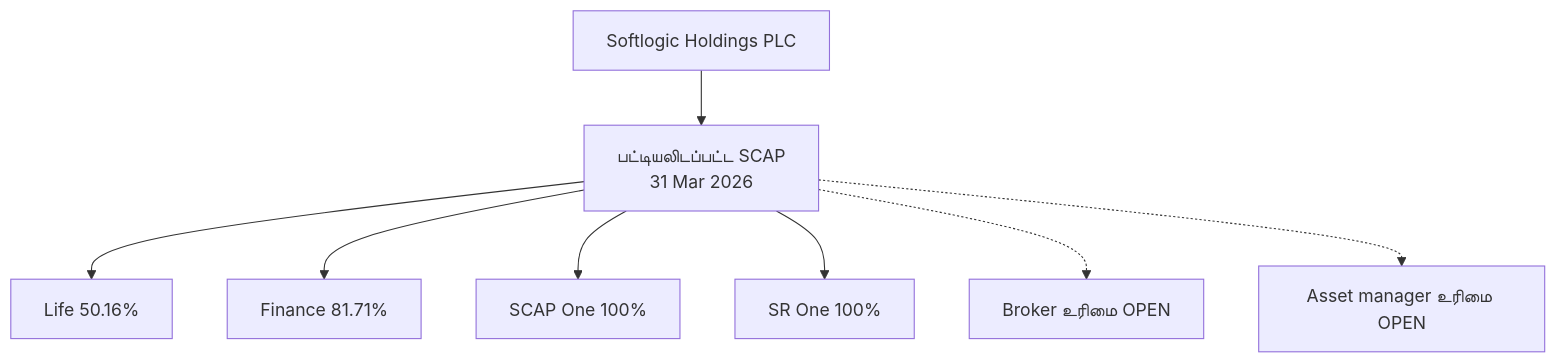
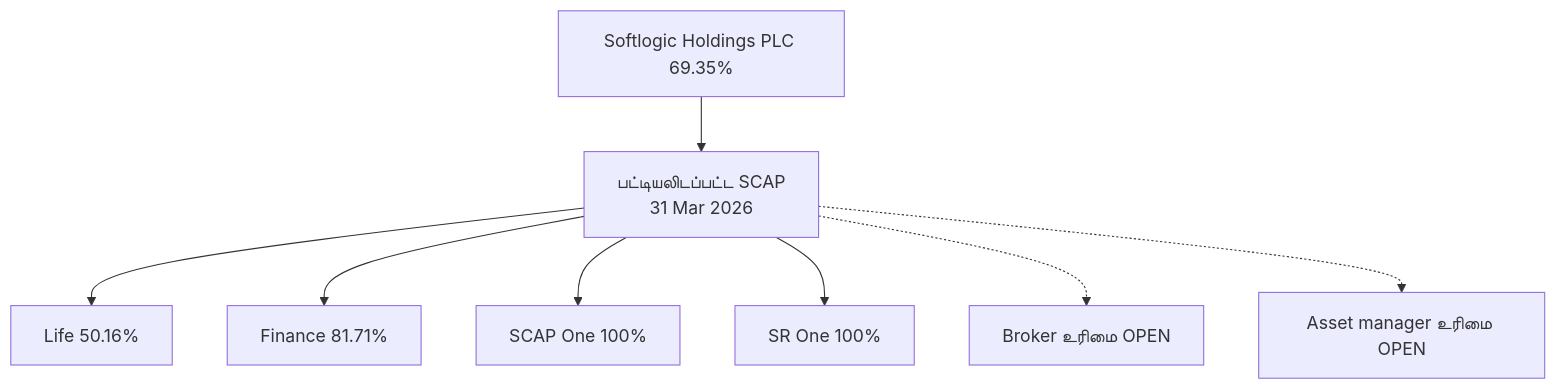
Before and after one commit to Gajarthan/SCAP-N0000-Research: the first of 15 diagrams in ta/01-Fundamental-Analysis/01-Business-Analysis/VISUAL-REPORT.md, drawn with Mermaid. The commit also changed other lines of this file and 8 other files, not shown here.

````diff
--- a/ta/01-Fundamental-Analysis/01-Business-Analysis/VISUAL-REPORT.md
+++ b/ta/01-Fundamental-Analysis/01-Business-Analysis/VISUAL-REPORT.md
@@ -31,10 +33,10 @@
 ```mermaid
 flowchart TB
-  H["Softlogic Holdings PLC"] --> P["பட்டியலிடப்பட்ட SCAP\n31 Mar 2026"]
+  H["Softlogic Holdings PLC 69.35%"] --> P["பட்டியலிடப்பட்ட SCAP\n31 Mar 2026"]
   P --> L["Life 50.16%"]
   P --> F["Finance 81.71%"]
   P --> O["SCAP One 100%"]
   P --> R["SR One 100%"]
   P -.-> B["Broker உரிமை OPEN"]
   P -.-> A["Asset manager உரிமை OPEN"]
 ```
````
